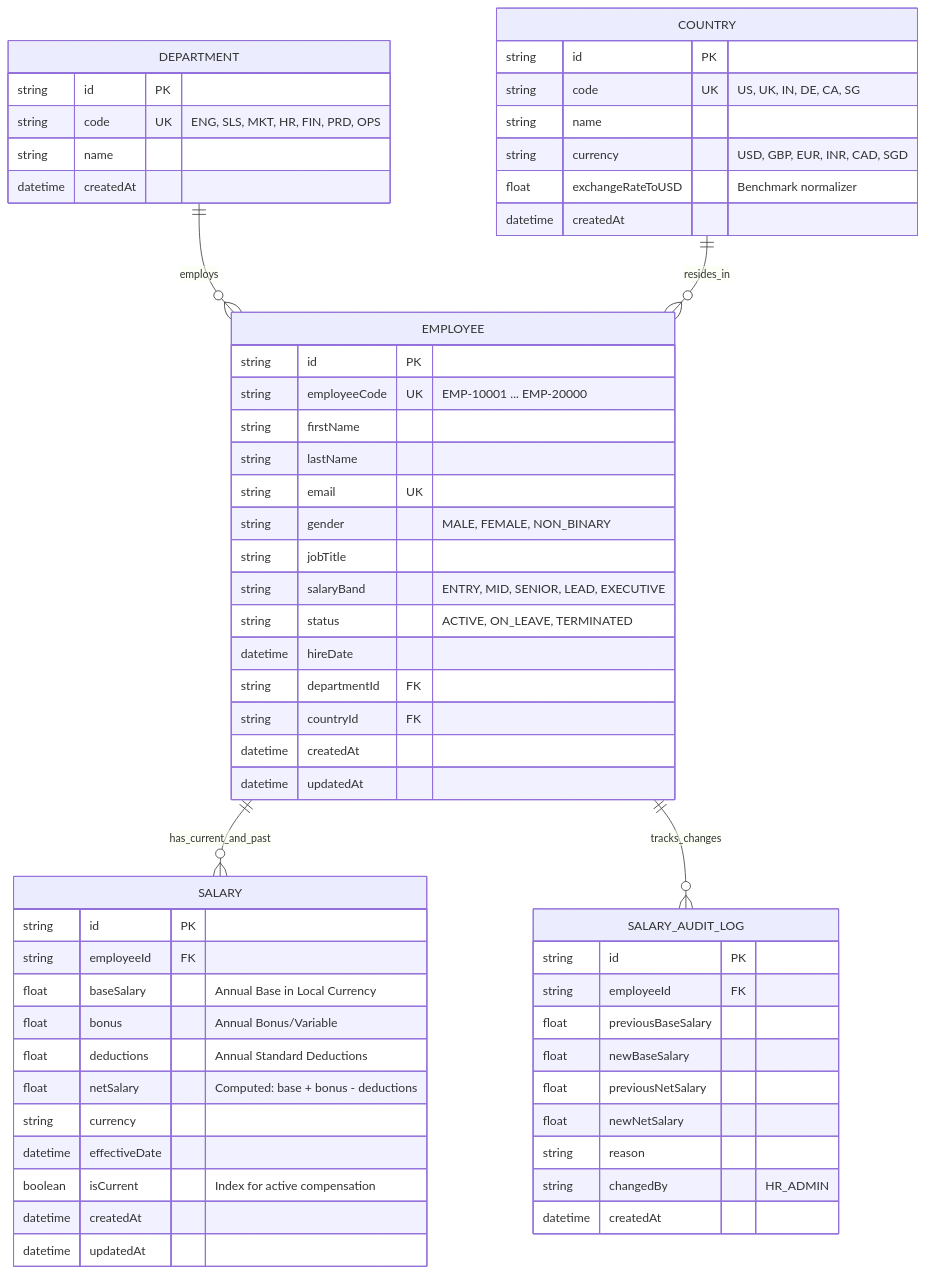
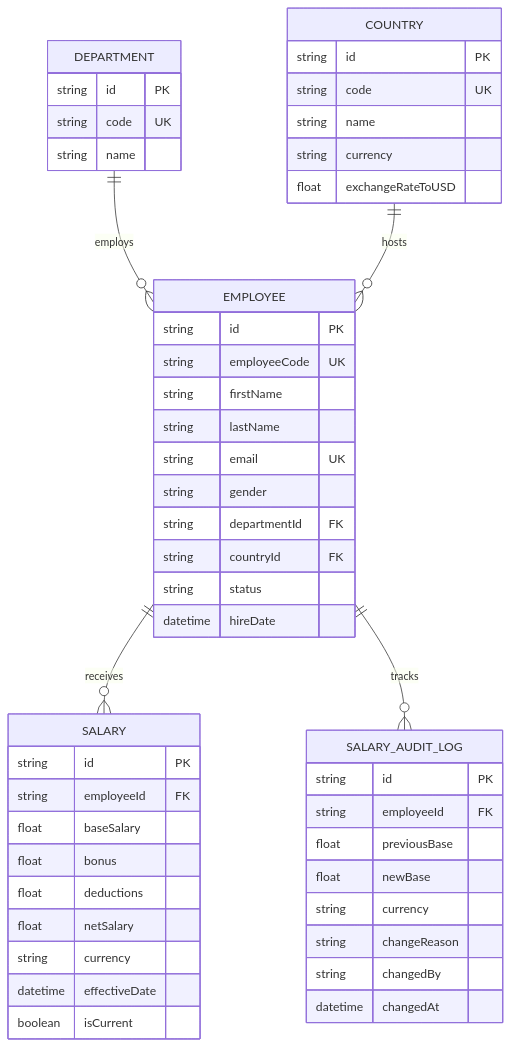
Before and after one commit to RajanRV/HRMS: the diagram in docs/architecture/ARCHITECTURE.md, drawn with Mermaid. The commit also changed other lines of this file and 2 other files, not shown here.

````diff
--- a/docs/architecture/ARCHITECTURE.md
+++ b/docs/architecture/ARCHITECTURE.md
@@ -27,66 +44,57 @@
 ```mermaid
 erDiagram
     DEPARTMENT ||--o{ EMPLOYEE : employs
-    COUNTRY ||--o{ EMPLOYEE : resides_in
-    EMPLOYEE ||--o{ SALARY : has_current_and_past
-    EMPLOYEE ||--o{ SALARY_AUDIT_LOG : tracks_changes
+    COUNTRY ||--o{ EMPLOYEE : hosts
+    EMPLOYEE ||--o{ SALARY : receives
+    EMPLOYEE ||--o{ SALARY_AUDIT_LOG : tracks
 
     DEPARTMENT {
         string id PK
-        string code UK "ENG, SLS, MKT, HR, FIN, PRD, OPS"
+        string code UK
         string name
-        datetime createdAt
     }
 
     COUNTRY {
         string id PK
-        string code UK "US, UK, IN, DE, CA, SG"
+        string code UK
         string name
-        string currency "USD, GBP, EUR, INR, CAD, SGD"
-        float exchangeRateToUSD "Benchmark normalizer"
-        datetime createdAt
+        string currency
+        float exchangeRateToUSD
     }
 
     EMPLOYEE {
         string id PK
-        string employeeCode UK "EMP-10001 ... EMP-20000"
+        string employeeCode UK
         string firstName
         string lastName
         string email UK
-        string gender "MALE, FEMALE, NON_BINARY"
-        string jobTitle
-        string salaryBand "ENTRY, MID, SENIOR, LEAD, EXECUTIVE"
-        string status "ACTIVE, ON_LEAVE, TERMINATED"
-        datetime hireDate
+        string gender
         string departmentId FK
         string countryId FK
-        datetime createdAt
-        datetime updatedAt
+        string status
+        datetime hireDate
     }
 
     SALARY {
         string id PK
         string employeeId FK
-        float baseSalary "Annual Base in Local Currency"
-        float bonus "Annual Bonus/Variable"
-        float deductions "Annual Standard Deductions"
-        float netSalary "Computed: base + bonus - deductions"
+        float baseSalary
+        float bonus
+        float deductions
+        float netSalary
         string currency
         datetime effectiveDate
-        boolean isCurrent "Index for active compensation"
-        datetime createdAt
-        datetime updatedAt
+        boolean isCurrent
     }
 
     SALARY_AUDIT_LOG {
         string id PK
         string employeeId FK
-        float previousBaseSalary
-        float newBaseSalary
-        float previousNetSalary
-        float newNetSalary
-        string reason
-        string changedBy "HR_ADMIN"
-        datetime createdAt
+        float previousBase
+        float newBase
+        string currency
+        string changeReason
+        string changedBy
+        datetime changedAt
     }
 ```
````
